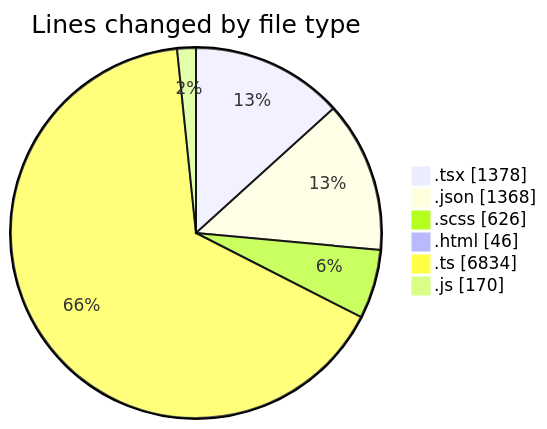
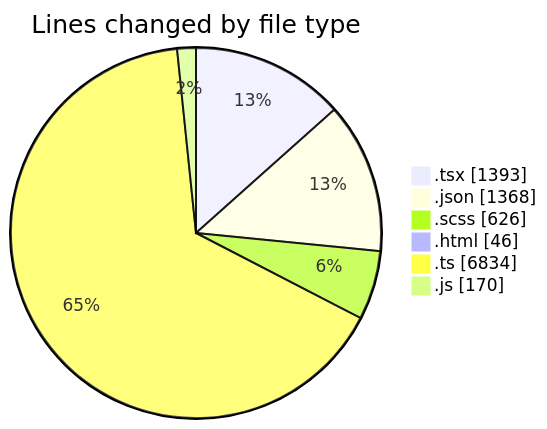
The first of 2 diagrams in 2026-04-14/cda/README.md (momahboobian/code-tracking), drawn with Mermaid before and after one commit. The commit also changed other lines of this file and 1 other file, not shown here.

````diff
--- a/2026-04-14/cda/README.md
+++ b/2026-04-14/cda/README.md
@@ -48,10 +48,10 @@
 ```mermaid
 pie showData
 title Lines changed by file type
-".tsx" : 1378
+".tsx" : 1393
 ".json" : 1368
 ".scss" : 626
 ".html" : 46
 ".ts" : 6834
 ".js" : 170
 ```
````
